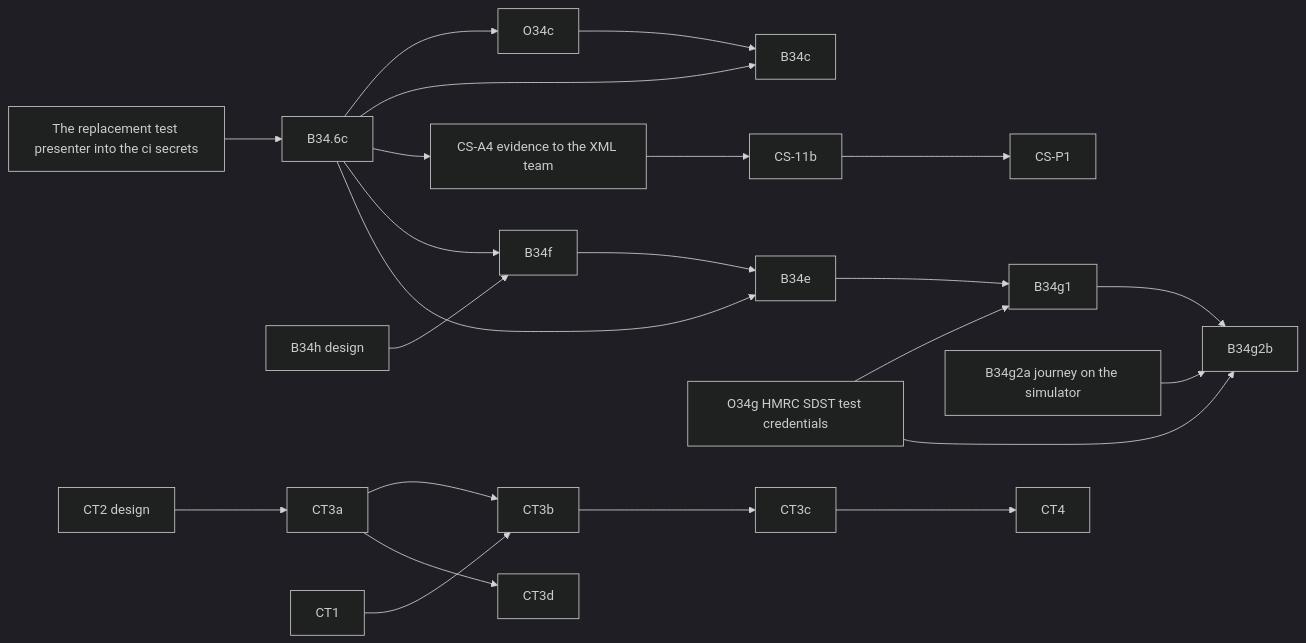
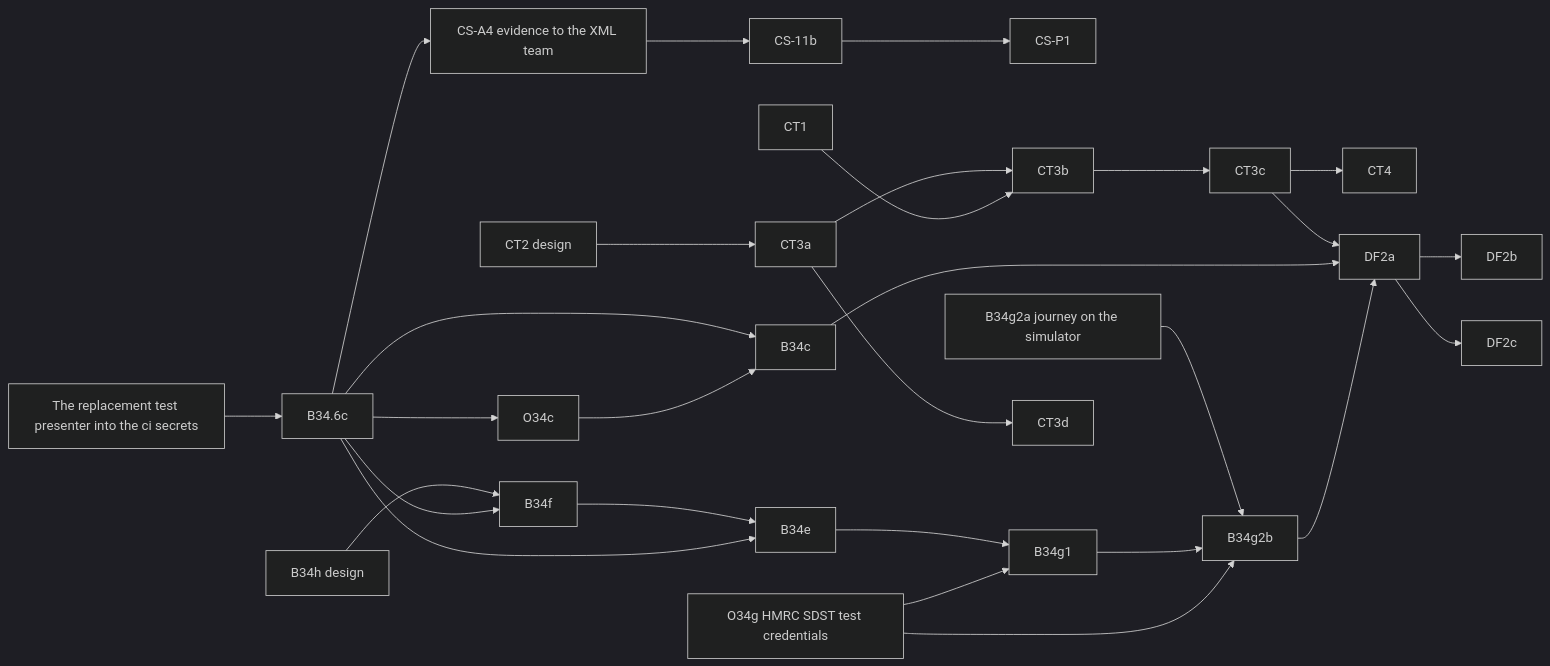
Before and after one commit to diy-accounting-uk/submit.diyaccounting.co.uk: the diagram in PLAN_COMPANIES_HOUSE.md, drawn with Mermaid (dark theme). The commit also changed other lines of this file, not shown here.

````diff
--- a/PLAN_COMPANIES_HOUSE.md
+++ b/PLAN_COMPANIES_HOUSE.md
@@ -63,25 +63,30 @@
 ```mermaid
 flowchart LR
     SEC[The replacement test presenter into the ci secrets] --> B346c[B34.6c]
     B346c --> O34c
     B346c --> B34c
     O34c --> B34c
     B346c --> CSA4[CS-A4 evidence to the XML team]
     CSA4 --> CS11b[CS-11b]
     CS11b --> CSP1[CS-P1]
     B34h[B34h design] --> B34f
     B34f --> B34e
     B34e --> B34g1
     B34g2a[B34g2a journey on the simulator] --> B34g2b
     B34g1 --> B34g2b
     O34g[O34g HMRC SDST test credentials] --> B34g1
     O34g --> B34g2b
     B346c --> B34f
     B346c --> B34e
     CT2[CT2 design] --> CT3a
     CT3a --> CT3b
     CT1 --> CT3b
     CT3b --> CT3c
     CT3c --> CT4
     CT3a --> CT3d
+    CT3c --> DF2a
+    B34c --> DF2a
+    B34g2b --> DF2a
+    DF2a --> DF2b
+    DF2a --> DF2c
 ```
````
